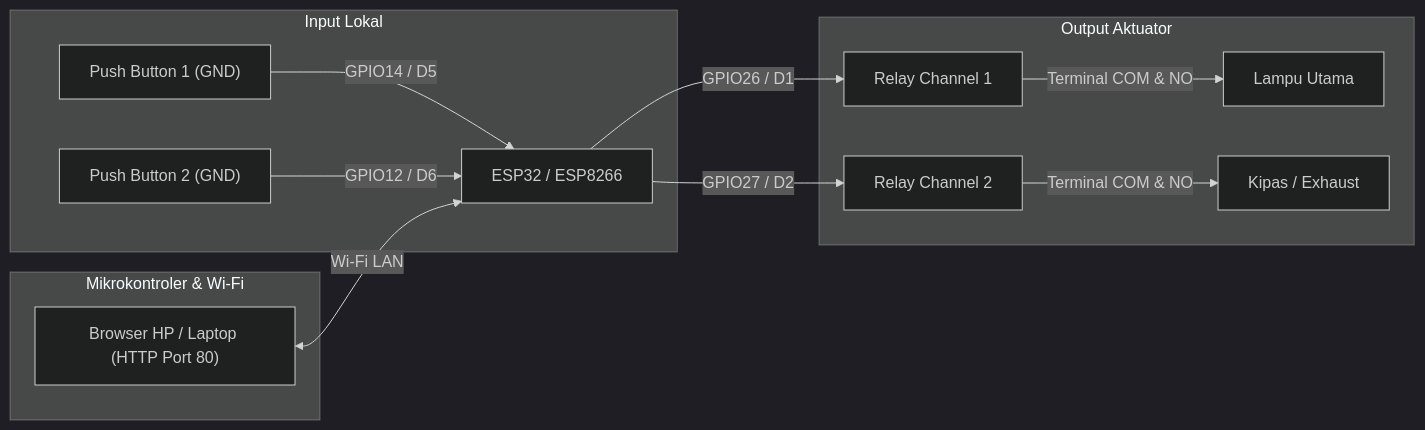
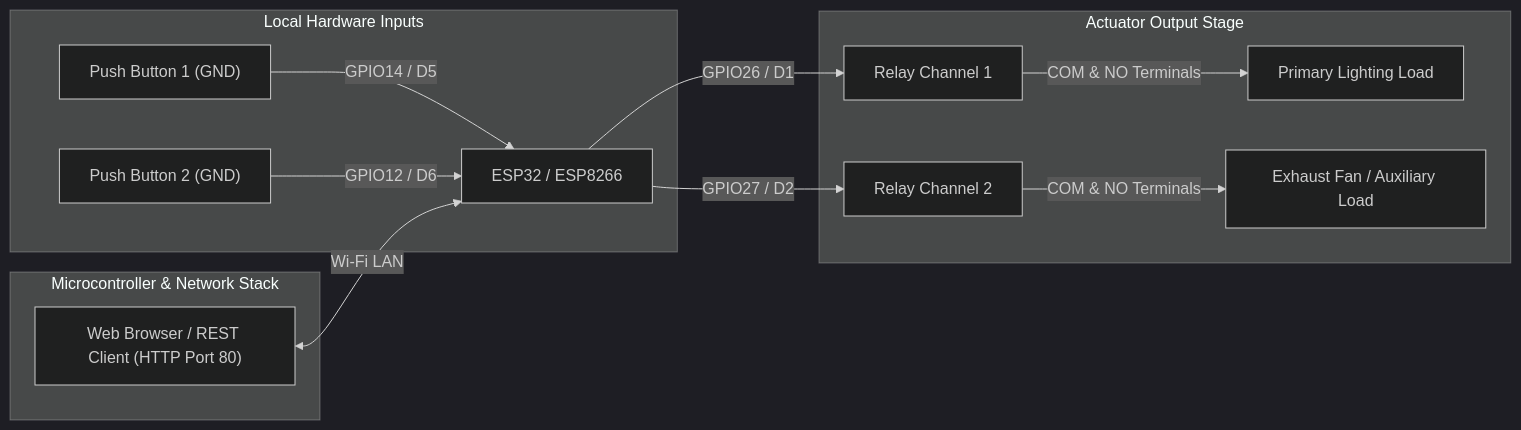
The diagram in 01-web-smart-switch/schematics/wiring-guide.md (kenzojulian111/microcontroller-iot-journey), drawn with Mermaid (dark theme) before and after one commit. The commit also changed other lines of this file and 150 other files, not shown here.

````diff
--- a/01-web-smart-switch/schematics/wiring-guide.md
+++ b/01-web-smart-switch/schematics/wiring-guide.md
@@ -26,18 +26,18 @@
 ```mermaid
 flowchart LR
-    subgraph Input["Input Lokal"]
+    subgraph Input["Local Hardware Inputs"]
         BTN1["Push Button 1 (GND)"] -->|GPIO14 / D5| MCU
         BTN2["Push Button 2 (GND)"] -->|GPIO12 / D6| MCU
     end
 
-    subgraph Controller["Mikrokontroler & Wi-Fi"]
-        WIFI["Browser HP / Laptop (HTTP Port 80)"] <-->|Wi-Fi LAN| MCU["ESP32 / ESP8266"]
+    subgraph Controller["Microcontroller & Network Stack"]
+        WIFI["Web Browser / REST Client (HTTP Port 80)"] <-->|Wi-Fi LAN| MCU["ESP32 / ESP8266"]
     end
 
-    subgraph Output["Output Aktuator"]
+    subgraph Output["Actuator Output Stage"]
         MCU -->|GPIO26 / D1| R1["Relay Channel 1"]
         MCU -->|GPIO27 / D2| R2["Relay Channel 2"]
-        R1 -->|Terminal COM & NO| LOAD1["Lampu Utama"]
-        R2 -->|Terminal COM & NO| LOAD2["Kipas / Exhaust"]
+        R1 -->|COM & NO Terminals| LOAD1["Primary Lighting Load"]
+        R2 -->|COM & NO Terminals| LOAD2["Exhaust Fan / Auxiliary Load"]
     end
 ```
````
